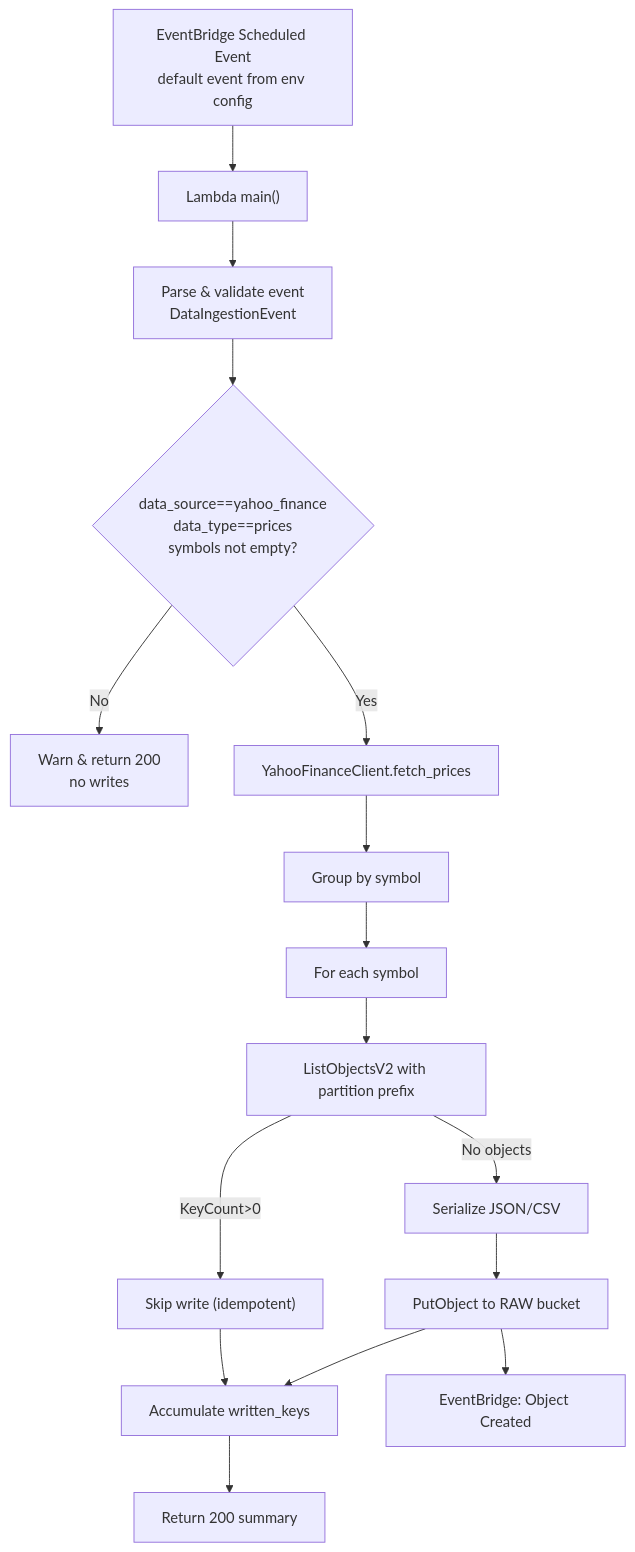
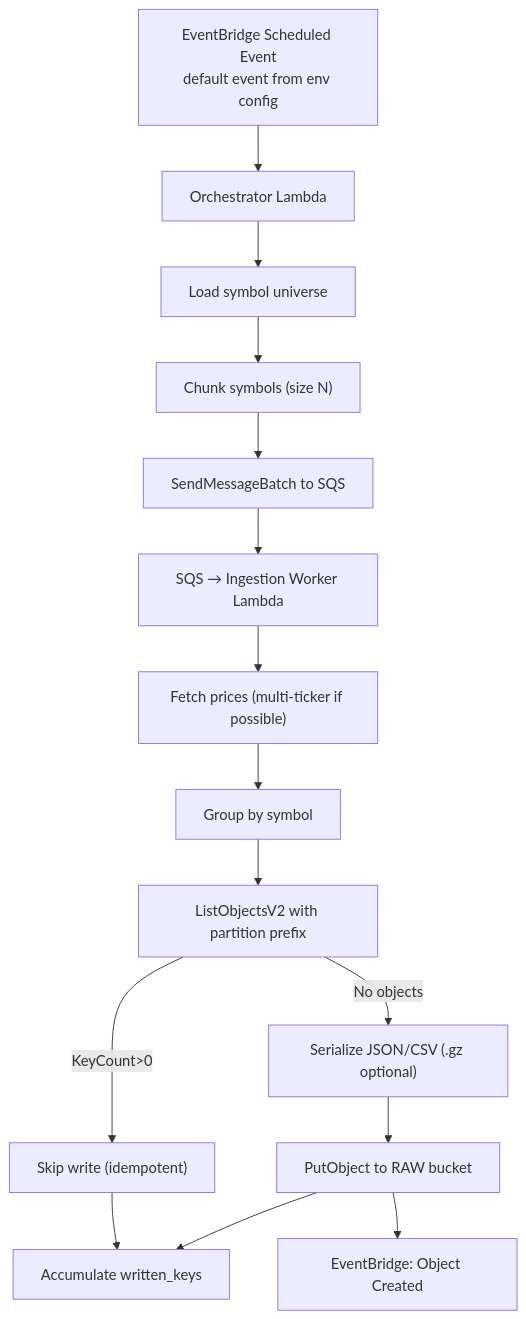
One commit to keemgdeok/fin-forge-pipeline changed the diagram in docs/diagrams/extract/02-flow.md. Above: the diagram before and after it, drawn with Mermaid. The commit also changed 2 other files, not shown here.

Commit message:
docs(extract): 다이어그램 재구성 및 팬아웃 흐름 반영 ingestion 다이어그램을 docs/diagrams/extract/01-03로 이동 EV→Orchestrator→SQS→Worker→RAW S3→EventBridge 흐름 반영 시퀀스/플로우/컴포넌트 간 표현 일관화 및 불필요한 주석 제거

````diff
--- a/docs/diagrams/extract/02-flow.md
+++ b/docs/diagrams/extract/02-flow.md
@@ -1,19 +1,18 @@
 ```mermaid
 flowchart TD
-  A["EventBridge Scheduled Event<br/>default event from env config"] --> B["Lambda main()"]
-  B --> C["Parse & validate event<br/>DataIngestionEvent"]
-  C --> D{data_source==yahoo_finance<br/>data_type==prices<br/>symbols not empty?}
-  D -- No --> E["Warn & return 200<br/>no writes"]
-  D -- Yes --> F["YahooFinanceClient.fetch_prices"]
-  F --> G["Group by symbol"]
-  G --> H["For each symbol"]
+  A["EventBridge Scheduled Event<br/>default event from env config"] --> B["Orchestrator Lambda"]
+  B --> C["Load symbol universe"]
+  C --> D["Chunk symbols (size N)"]
+  D --> E["SendMessageBatch to SQS"]
+  E --> F["SQS → Ingestion Worker Lambda"]
+  F --> G["Fetch prices (multi-ticker if possible)"]
+  G --> H["Group by symbol"]
   H --> I["ListObjectsV2 with partition prefix"]
   I -->|KeyCount>0| J["Skip write (idempotent)"]
-  I -->|No objects| K["Serialize JSON/CSV"]
+  I -->|No objects| K["Serialize JSON/CSV (.gz optional)"]
   K --> L["PutObject to RAW bucket"]
   J --> M["Accumulate written_keys"]
   L --> M["Accumulate written_keys"]
-  M --> Q["Return 200 summary"]
   L --> R["EventBridge: Object Created"]
 
 ```
````
